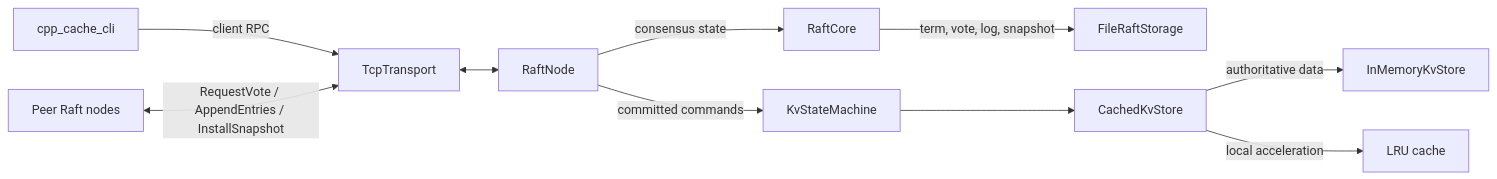
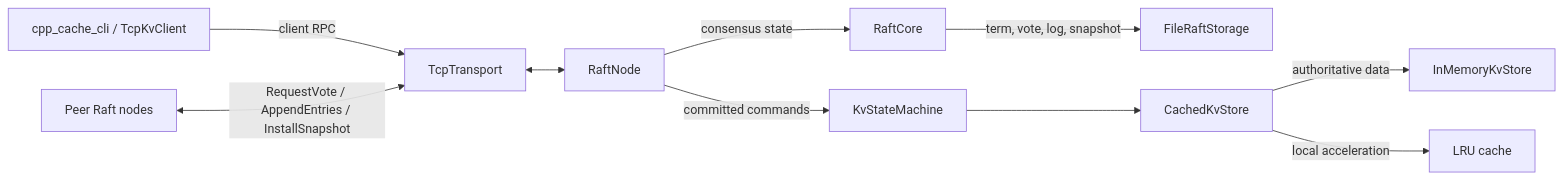
The diagram in README.md (JonDoe828/cpp-cache), drawn with Mermaid before and after one commit. The commit also changed other lines of this file and 22 other files, not shown here.

````diff
--- a/README.md
+++ b/README.md
@@ -29,12 +47,12 @@
 ```mermaid
 flowchart LR
-    Client[cpp_cache_cli] -->|client RPC| Transport[TcpTransport]
+    Client[cpp_cache_cli / TcpKvClient] -->|client RPC| Transport[TcpTransport]
     Peer[Peer Raft nodes] <-->|RequestVote / AppendEntries / InstallSnapshot| Transport
     Transport <--> Node[RaftNode]
     Node -->|consensus state| Core[RaftCore]
     Core -->|term, vote, log, snapshot| RaftStorage[FileRaftStorage]
     Node -->|committed commands| StateMachine[KvStateMachine]
     StateMachine --> CachedStore[CachedKvStore]
     CachedStore -->|authoritative data| MemoryStore[InMemoryKvStore]
     CachedStore -->|local acceleration| Cache[LRU cache]
 ```
````
